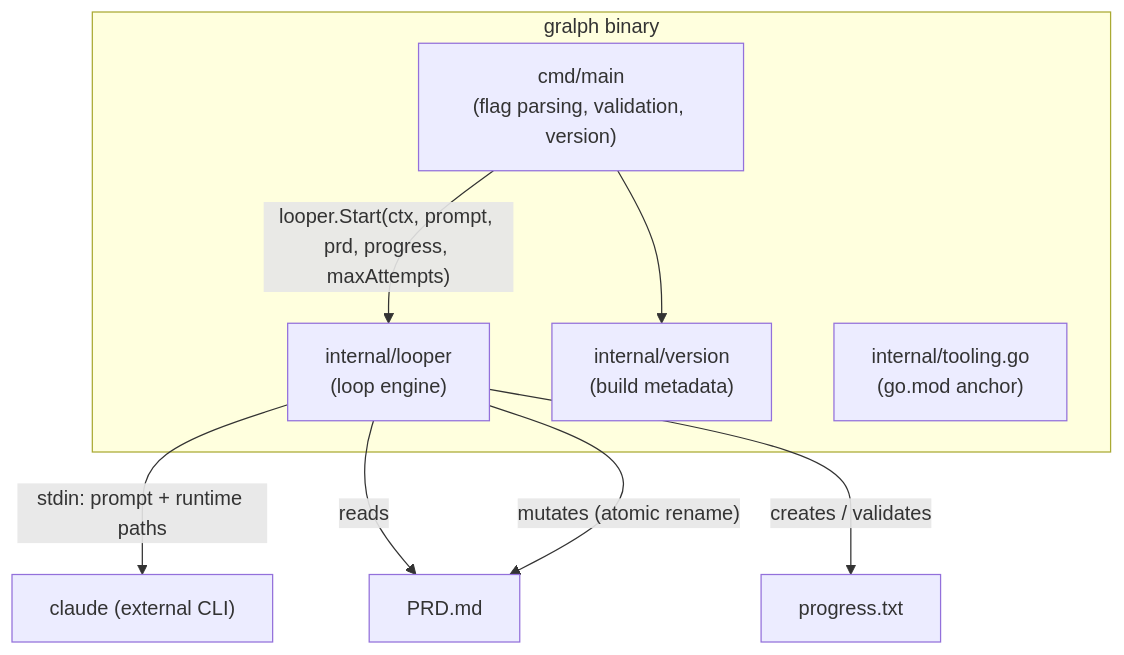
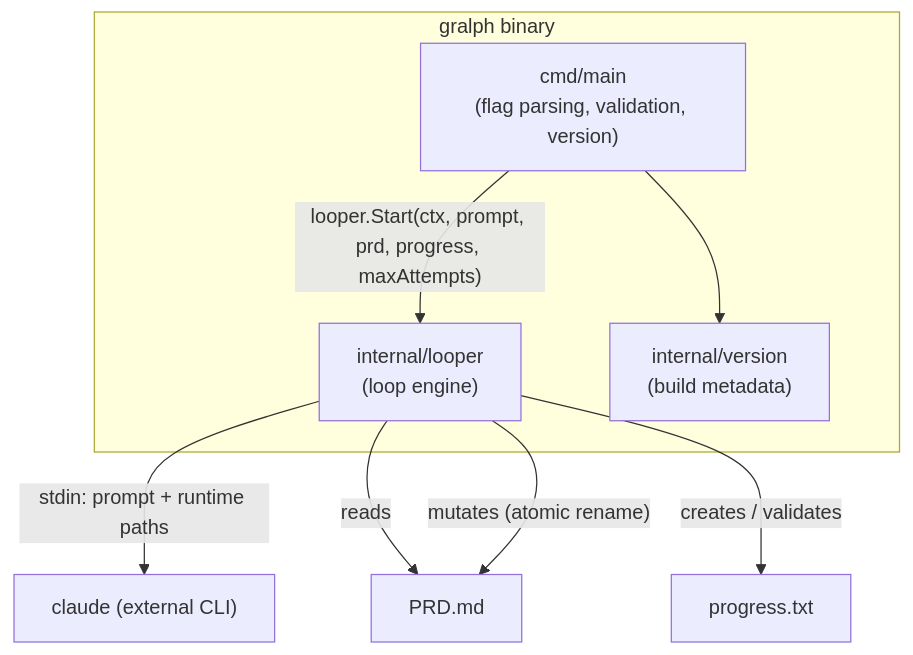
One commit to twistingmercury/gralph changed the first of 4 diagrams in docs/architecture/03-system-architecture.md. Above: the diagram before and after it, drawn with Mermaid. The commit also changed other lines of this file and 9 other files, not shown here.

````diff
--- a/docs/architecture/03-system-architecture.md
+++ b/docs/architecture/03-system-architecture.md
@@ -17,17 +17,16 @@
 ```mermaid
 graph TB
     subgraph Binary["gralph binary"]
         CLI["cmd/main\n(flag parsing, validation, version)"]
         Looper["internal/looper\n(loop engine)"]
         Version["internal/version\n(build metadata)"]
-        Tooling["internal/tooling.go\n(go.mod anchor)"]
 
         CLI -->|"looper.Start(ctx, prompt, prd, progress, maxAttempts)"| Looper
         CLI --> Version
     end
 
     Looper -->|"stdin: prompt + runtime paths"| Claude["claude (external CLI)"]
     Looper -->|"reads"| PRD["PRD.md"]
     Looper -->|"mutates (atomic rename)"| PRD
     Looper -->|"creates / validates"| Progress["progress.txt"]
 ```
````
